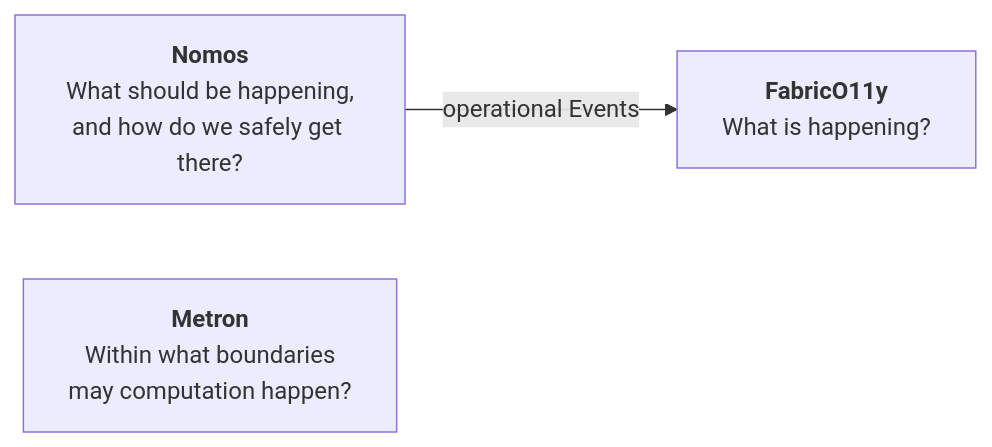
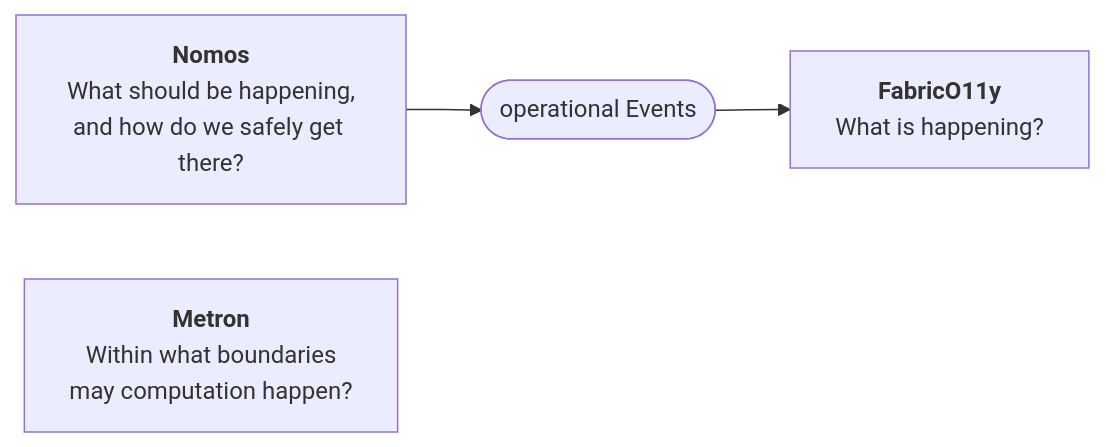
One commit to kmosoti/Nomos changed the fifth of 5 diagrams in docs/architecture/system.md. Above: the diagram before and after it, drawn with Mermaid. The commit also changed other lines of this file and 7 other files, not shown here.

First line of the commit message:
Fix Mermaid diagrams that fail to render on GitHub

````diff
--- a/docs/architecture/system.md
+++ b/docs/architecture/system.md
@@ -84,7 +84,7 @@
 ```mermaid
 flowchart LR
     F["<b>FabricO11y</b><br/>What is happening?"]
     N["<b>Nomos</b><br/>What should be happening,<br/>and how do we safely get there?"]
     M["<b>Metron</b><br/>Within what boundaries<br/>may computation happen?"]
-    N -- "operational Events" --> F
+    N --> E(["operational Events"]) --> F
 ```
````
